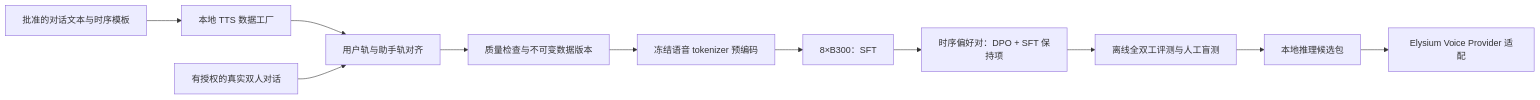
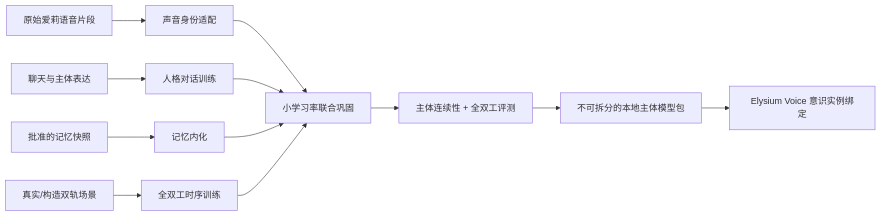
The diagram in docs/plans/omni_realtime_post_training/README.md (AyerElysia/Elysium), drawn with Mermaid before and after one commit. The commit also changed other lines of this file and 8 other files, not shown here.

````diff
--- a/docs/plans/omni_realtime_post_training/README.md
+++ b/docs/plans/omni_realtime_post_training/README.md
@@ -35,13 +37,14 @@
 ```mermaid
 flowchart LR
-    A["批准的对话文本与时序模板"] --> B["本地 TTS 数据工厂"]
-    B --> C["用户轨与助手轨对齐"]
-    D["有授权的真实双人对话"] --> C
-    C --> E["质量检查与不可变数据版本"]
-    E --> F["冻结语音 tokenizer 预编码"]
-    F --> G["8×B300：SFT"]
-    G --> H["时序偏好对：DPO + SFT 保持项"]
-    H --> I["离线全双工评测与人工盲测"]
-    I --> J["本地推理候选包"]
-    J --> K["Elysium Voice Provider 适配"]
+    A["原始爱莉语音片段"] --> V["声音身份适配"]
+    B["聊天与主体表达"] --> P["人格对话训练"]
+    C["批准的记忆快照"] --> M["记忆内化"]
+    D["真实/构造双轨场景"] --> T["全双工时序训练"]
+    V --> J["小学习率联合巩固"]
+    P --> J
+    M --> J
+    T --> J
+    J --> I["主体连续性 + 全双工评测"]
+    I --> R["不可拆分的本地主体模型包"]
+    R --> K["Elysium Voice 意识实例绑定"]
 ```
````
